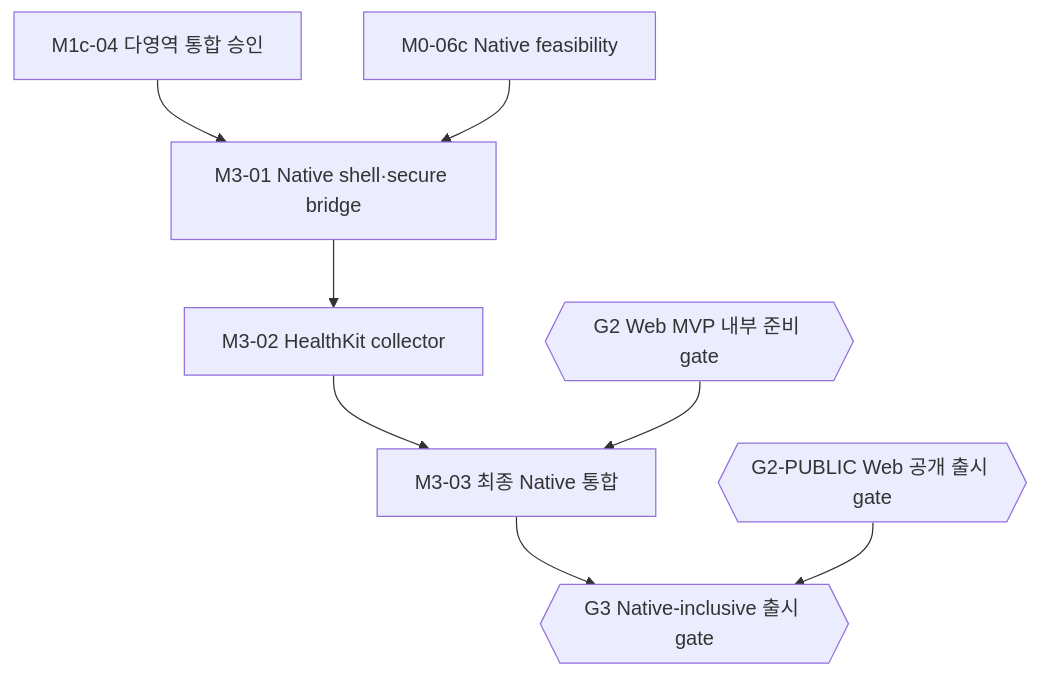
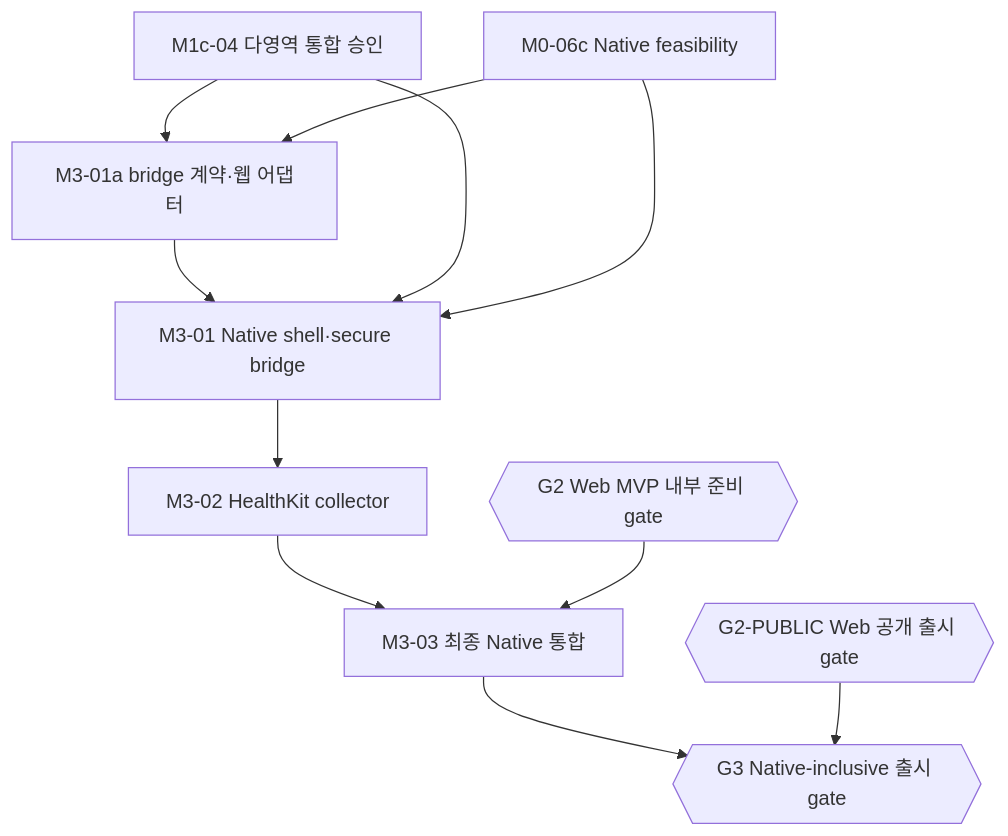
The third of 3 diagrams in docs/implementation/task-graph.md (peacecheejecake/workout-manager), drawn with Mermaid before and after one commit. The commit also changed other lines of this file and 9 other files, not shown here.

````diff
--- a/docs/implementation/task-graph.md
+++ b/docs/implementation/task-graph.md
@@ -524,18 +524,22 @@
 ```mermaid
 flowchart TD
     task8["M0-06c Native feasibility"]
     task25["M1c-04 다영역 통합 승인"]
     task33{{"G2 Web MVP 내부 준비 gate"}}
     publicGate{{"G2-PUBLIC Web 공개 출시 gate"}}
     task34["M3-01 Native shell·secure bridge"]
+    task34a["M3-01a bridge 계약·웹 어댑터"]
     task35["M3-02 HealthKit collector"]
     task36["M3-03 최종 Native 통합"]
     task37{{"G3 Native-inclusive 출시 gate"}}
+    task25 --> task34a
+    task8 --> task34a
+    task34a --> task34
     task25 --> task34
     task8 --> task34
     task34 --> task35
     task35 --> task36
     task33 --> task36
     task36 --> task37
     publicGate --> task37
 ```
````
